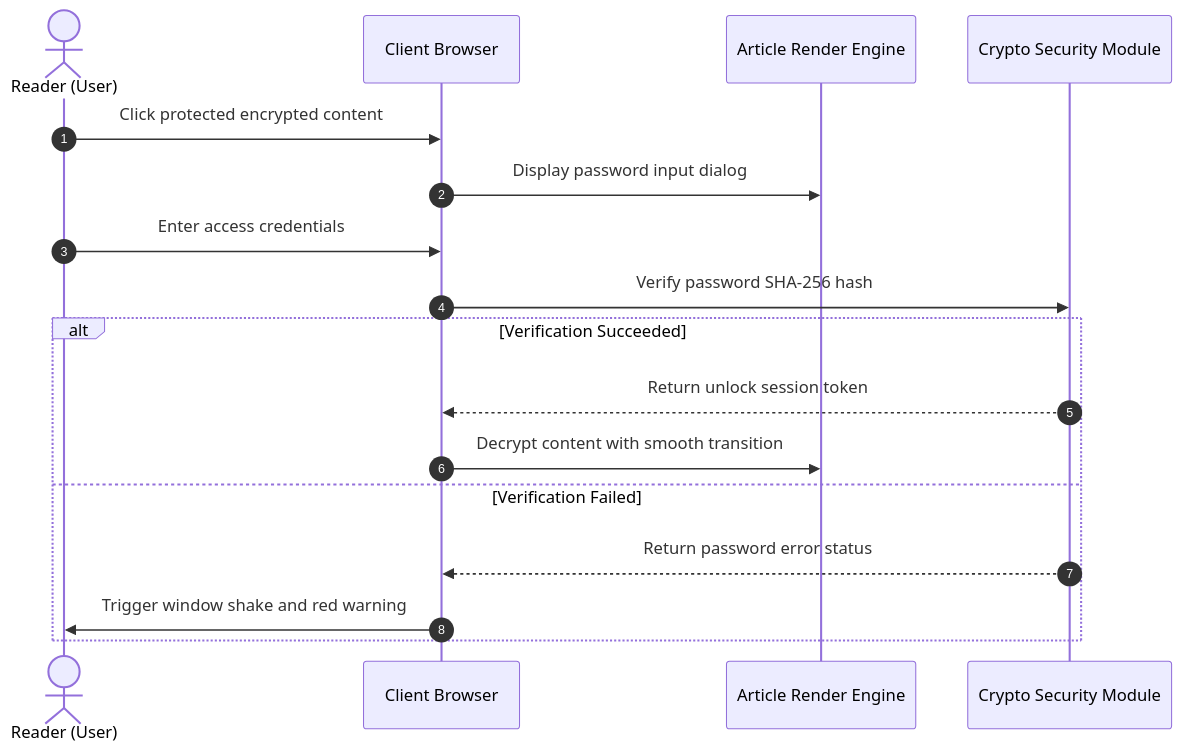
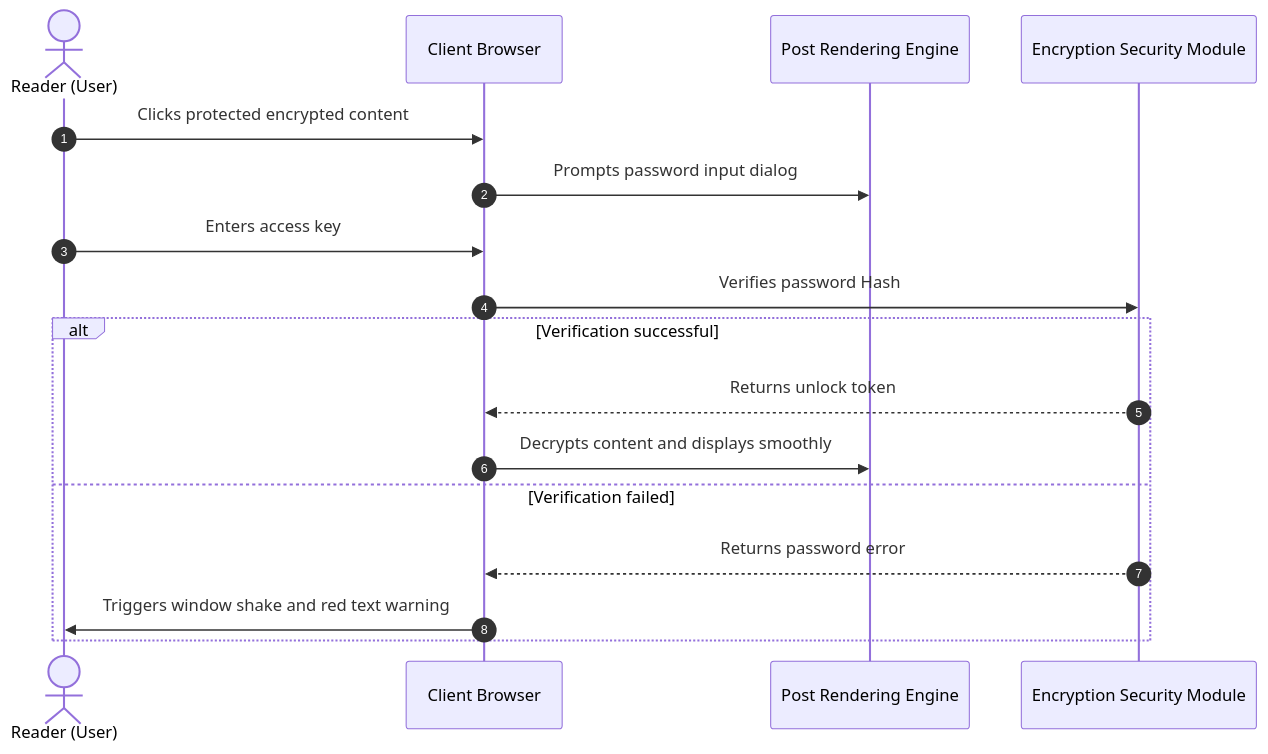
The second of 2 diagrams in src/content/posts/content-formats-and-markup-mastery-en.md (shijianus/astro-theme-shijianus), drawn with Mermaid before and after one commit. The commit also changed other lines of this file and 10 other files, not shown here.

````diff
--- a/src/content/posts/content-formats-and-markup-mastery-en.md
+++ b/src/content/posts/content-formats-and-markup-mastery-en.md
@@ -1002,20 +1004,20 @@
 ```mermaid
 sequenceDiagram
     autonumber
     actor User as Reader (User)
     participant Browser as Client Browser
-    participant PostPage as Article Render Engine
-    participant Security as Crypto Security Module
+    participant PostPage as Post Rendering Engine
+    participant Security as Encryption Security Module
 
-    User->>Browser: Click protected encrypted content
-    Browser->>PostPage: Display password input dialog
-    User->>Browser: Enter access credentials
-    Browser->>Security: Verify password SHA-256 hash
-    alt Verification Succeeded
-        Security-->>Browser: Return unlock session token
-        Browser->>PostPage: Decrypt content with smooth transition
-    else Verification Failed
-        Security-->>Browser: Return password error status
-        Browser->>User: Trigger window shake and red warning
+    User->>Browser: Clicks protected encrypted content
+    Browser->>PostPage: Prompts password input dialog
+    User->>Browser: Enters access key
+    Browser->>Security: Verifies password Hash
+    alt Verification successful
+        Security-->>Browser: Returns unlock token
+        Browser->>PostPage: Decrypts content and displays smoothly
+    else Verification failed
+        Security-->>Browser: Returns password error
+        Browser->>User: Triggers window shake and red text warning
     end
 ```
````
